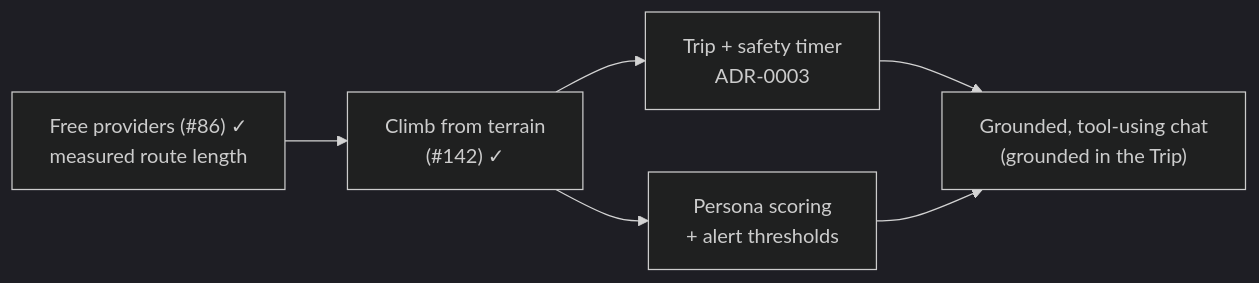
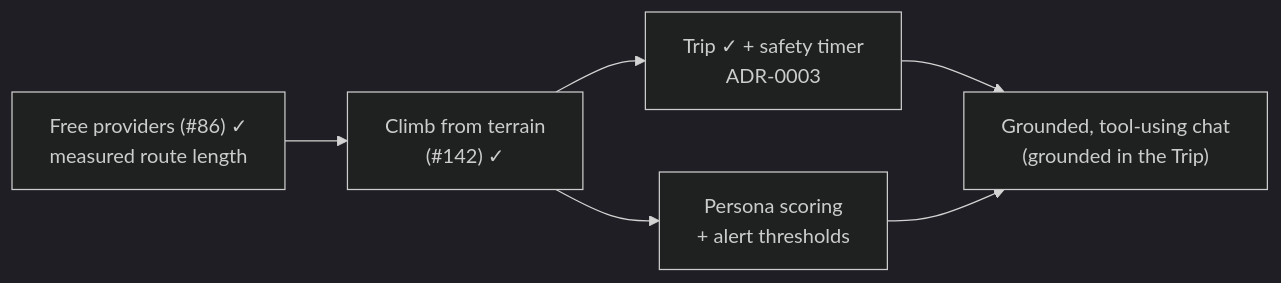
The first of 2 diagrams in docs/solution-plan/SOLUTION-PLAN.md (Oweeboi011/Fit-Ready-IQ), drawn with Mermaid (dark theme) before and after one commit. The commit also changed other lines of this file and 23 other files, not shown here.

First line of the commit message:
feat(trips): plan a trip and check in, without the safety timer yet

````diff
--- a/docs/solution-plan/SOLUTION-PLAN.md
+++ b/docs/solution-plan/SOLUTION-PLAN.md
@@ -53,8 +53,8 @@
 ```mermaid
 flowchart LR
     A["Free providers (#86) ✓<br/>measured route length"] --> B["Climb from terrain<br/>(#142) ✓"]
     B --> C["Persona scoring<br/>+ alert thresholds"]
-    B --> D["Trip + safety timer<br/>ADR-0003"]
+    B --> D["Trip ✓ + safety timer<br/>ADR-0003"]
     D --> E["Grounded, tool-using chat<br/>(grounded in the Trip)"]
     C --> E
 ```
````
